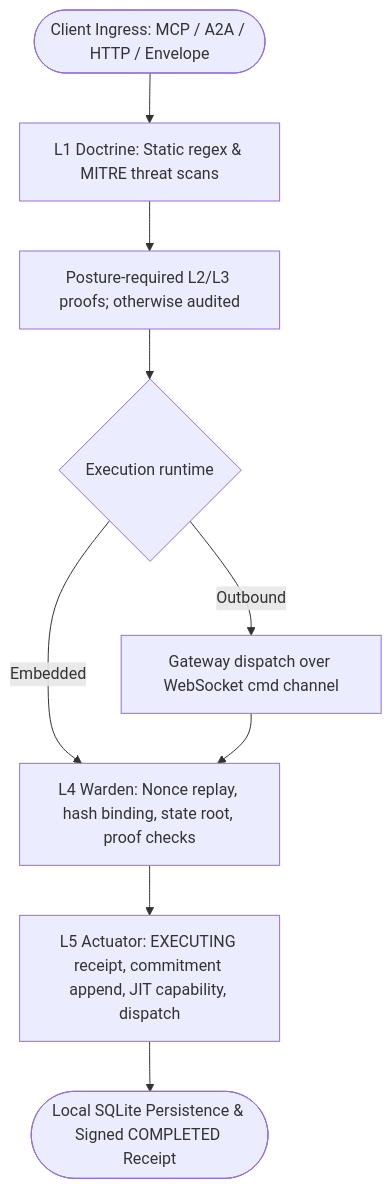
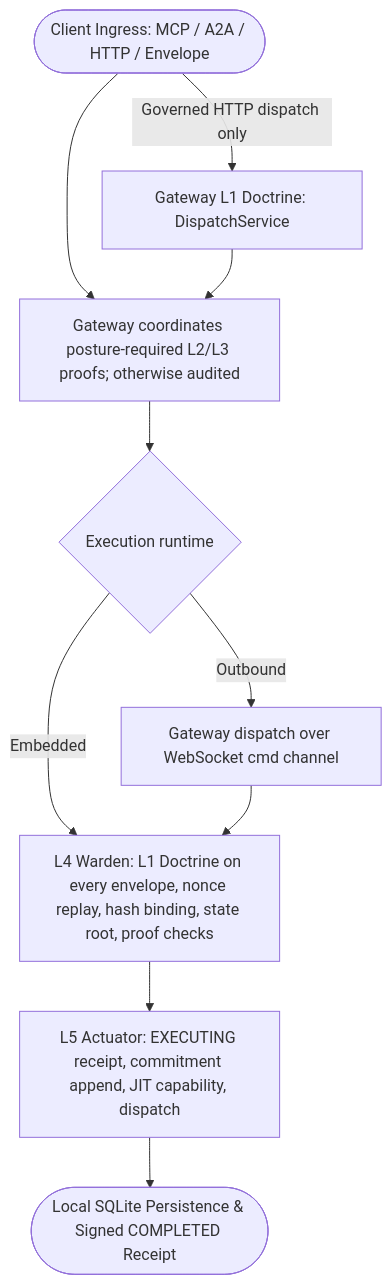
The first of 2 diagrams in docs/architecture/governance.md (zerotrustdata/ztd), drawn with Mermaid before and after one commit. The commit also changed other lines of this file and 641 other files, not shown here.

````diff
--- a/docs/architecture/governance.md
+++ b/docs/architecture/governance.md
@@ -169,11 +169,12 @@
 ```mermaid
 flowchart TD
-    Ingress([Client Ingress: MCP / A2A / HTTP / Envelope]) --> L1[L1 Doctrine: Static regex & MITRE threat scans]
-    L1 --> Proofs[Posture-required L2/L3 proofs; otherwise audited]
+    Ingress([Client Ingress: MCP / A2A / HTTP / Envelope]) --> Proofs[Gateway coordinates posture-required L2/L3 proofs; otherwise audited]
+    Ingress -->|Governed HTTP dispatch only| L1G[Gateway L1 Doctrine: DispatchService]
+    L1G --> Proofs
     Proofs --> Runtime{Execution runtime}
-    Runtime -->|Embedded| L4[L4 Warden: Nonce replay, hash binding, state root, proof checks]
+    Runtime -->|Embedded| L4[L4 Warden: L1 Doctrine on every envelope, nonce replay, hash binding, state root, proof checks]
     Runtime -->|Outbound| Dispatch[Gateway dispatch over WebSocket cmd channel]
     Dispatch --> L4
     L4 --> L5[L5 Actuator: EXECUTING receipt, commitment append, JIT capability, dispatch]
     L5 --> Finish([Local SQLite Persistence & Signed COMPLETED Receipt])
 ```
````
